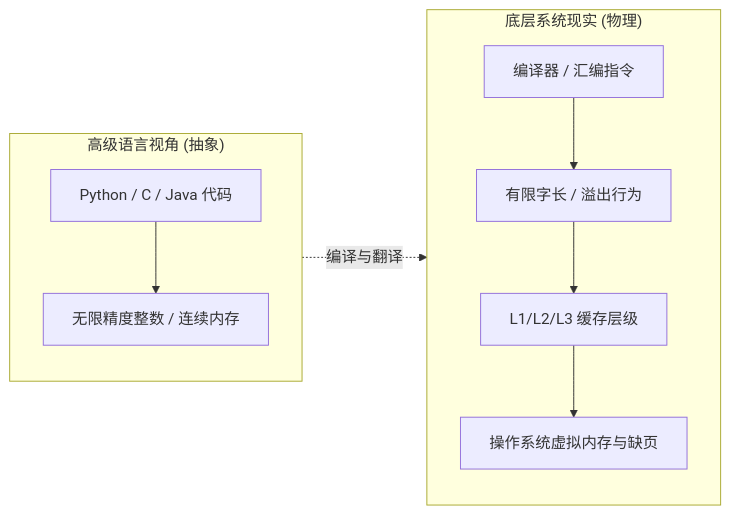
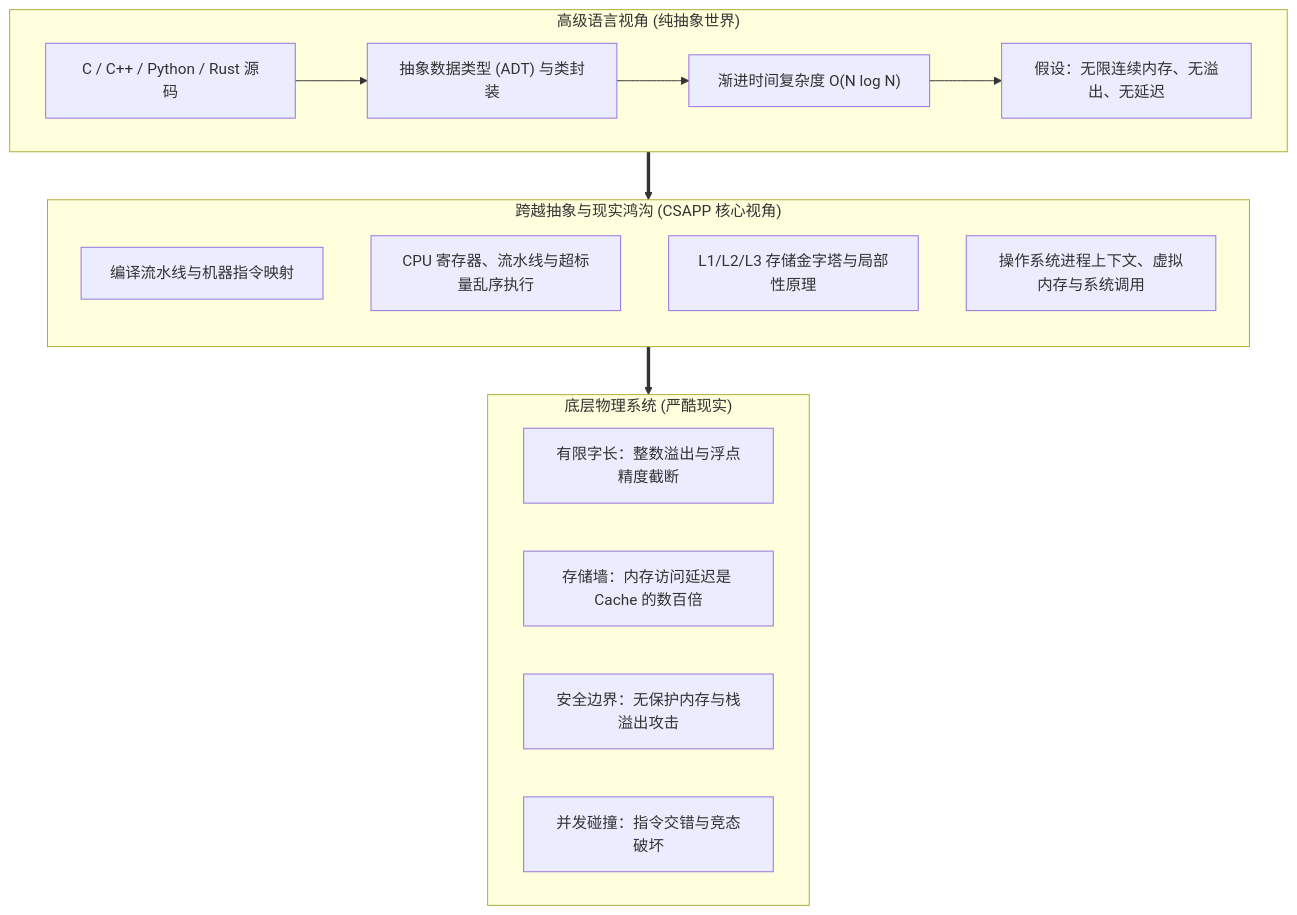
One commit to easonlines2007/easonlin-blog changed the first of 2 diagrams in src/content/notes/CSAPP/lecture-01.md. Above: the diagram before and after it, drawn with Mermaid. The commit also changed other lines of this file and 230 other files, not shown here.

````diff
--- a/src/content/notes/CSAPP/lecture-01.md
+++ b/src/content/notes/CSAPP/lecture-01.md
@@ -34,12 +48,22 @@
 ```mermaid
-flowchart LR
-    subgraph HighLevel["高级语言视角 (抽象)"]
-        A["Python / C / Java 代码"] --> B["无限精度整数 / 连续内存"]
+flowchart TD
+    subgraph HighLevel["高级语言视角 (纯抽象世界)"]
+        HL1["C / C++ / Python / Rust 源码"] --> HL2["抽象数据类型 (ADT) 与类封装"]
+        HL2 --> HL3["渐进时间复杂度 O(N log N)"]
+        HL3 --> HL4["假设：无限连续内存、无溢出、无延迟"]
     end
-    subgraph LowLevel["底层系统现实 (物理)"]
-        C["编译器 / 汇编指令"] --> D["有限字长 / 溢出行为"]
-        D --> E["L1/L2/L3 缓存层级"]
-        E --> F["操作系统虚拟内存与缺页"]
+    subgraph Gap["跨越抽象与现实鸿沟 (CSAPP 核心视角)"]
+        direction TB
+        B1["编译流水线与机器指令映射"]
+        B2["CPU 寄存器、流水线与超标量乱序执行"]
+        B3["L1/L2/L3 存储金字塔与局部性原理"]
+        B4["操作系统进程上下文、虚拟内存与系统调用"]
     end
-    HighLevel -.->|"编译与翻译"| LowLevel
+    subgraph LowLevel["底层物理系统 (严酷现实)"]
+        LL1["有限字长：整数溢出与浮点精度截断"]
+        LL2["存储墙：内存访问延迟是 Cache 的数百倍"]
+        LL3["安全边界：无保护内存与栈溢出攻击"]
+        LL4["并发碰撞：指令交错与竞态破坏"]
+    end
+    HighLevel ==> Gap ==> LowLevel
 ```
````
